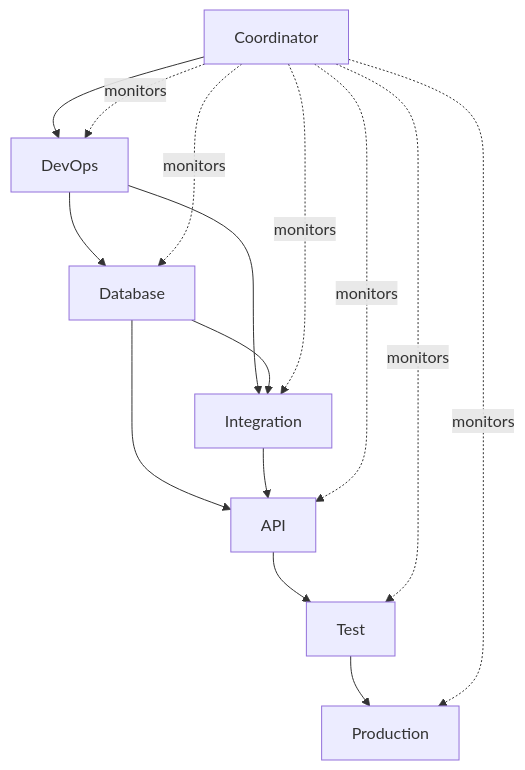
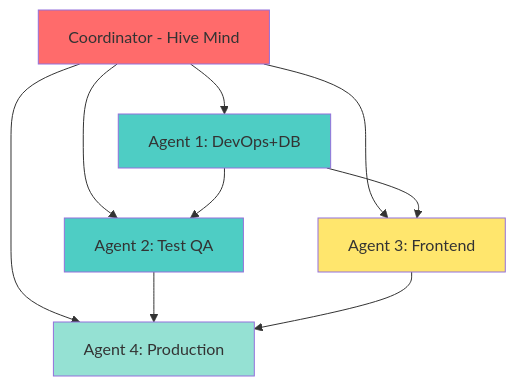
Before and after one commit to rodaquino-OMNI/Coordenacao-Cuidado-Enterprise: the diagram in docs/SWARM_EXECUTION_PROMPT.md, drawn with Mermaid. The commit also changed other lines of this file, not shown here.

````diff
--- a/docs/SWARM_EXECUTION_PROMPT.md
+++ b/docs/SWARM_EXECUTION_PROMPT.md
@@ -96,17 +170,17 @@
 ```mermaid
 graph TD
-    COORD[Coordinator] --> A1[DevOps]
-    A1 --> A2[Database]
-    A1 --> A3[Integration]
-    A2 --> A3
-    A2 --> A4[API]
-    A3 --> A4
-    A4 --> A5[Test]
-    A5 --> A6[Production]
-    COORD -.monitors.-> A1
-    COORD -.monitors.-> A2
-    COORD -.monitors.-> A3
-    COORD -.monitors.-> A4
-    COORD -.monitors.-> A5
-    COORD -.monitors.-> A6
+    COORD[Coordinator - Hive Mind] --> W1A[Agent 1: DevOps+DB]
+    COORD --> W1B[Agent 2: Test QA]
+    W1A --> W1B
+    COORD --> W2[Agent 3: Frontend]
+    W1A --> W2
+    COORD --> W3[Agent 4: Production]
+    W1B --> W3
+    W2 --> W3
+
+    style COORD fill:#ff6b6b
+    style W1A fill:#4ecdc4
+    style W1B fill:#4ecdc4
+    style W2 fill:#ffe66d
+    style W3 fill:#95e1d3
 ```
````
